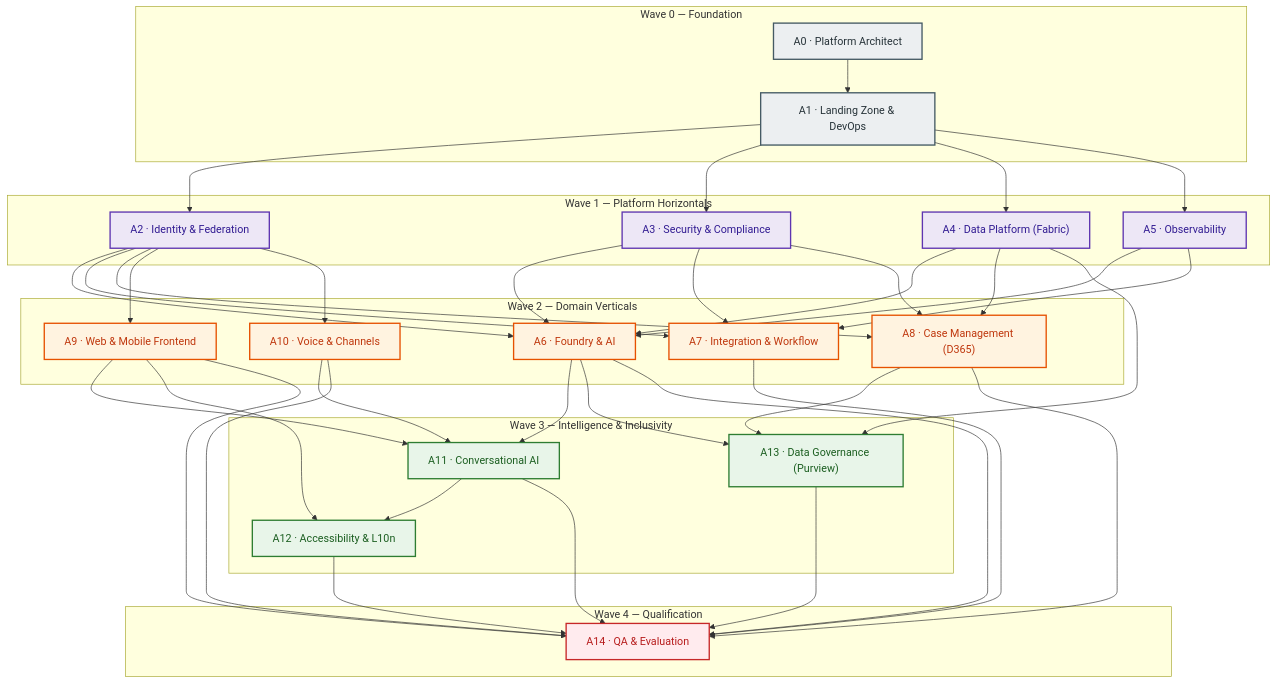
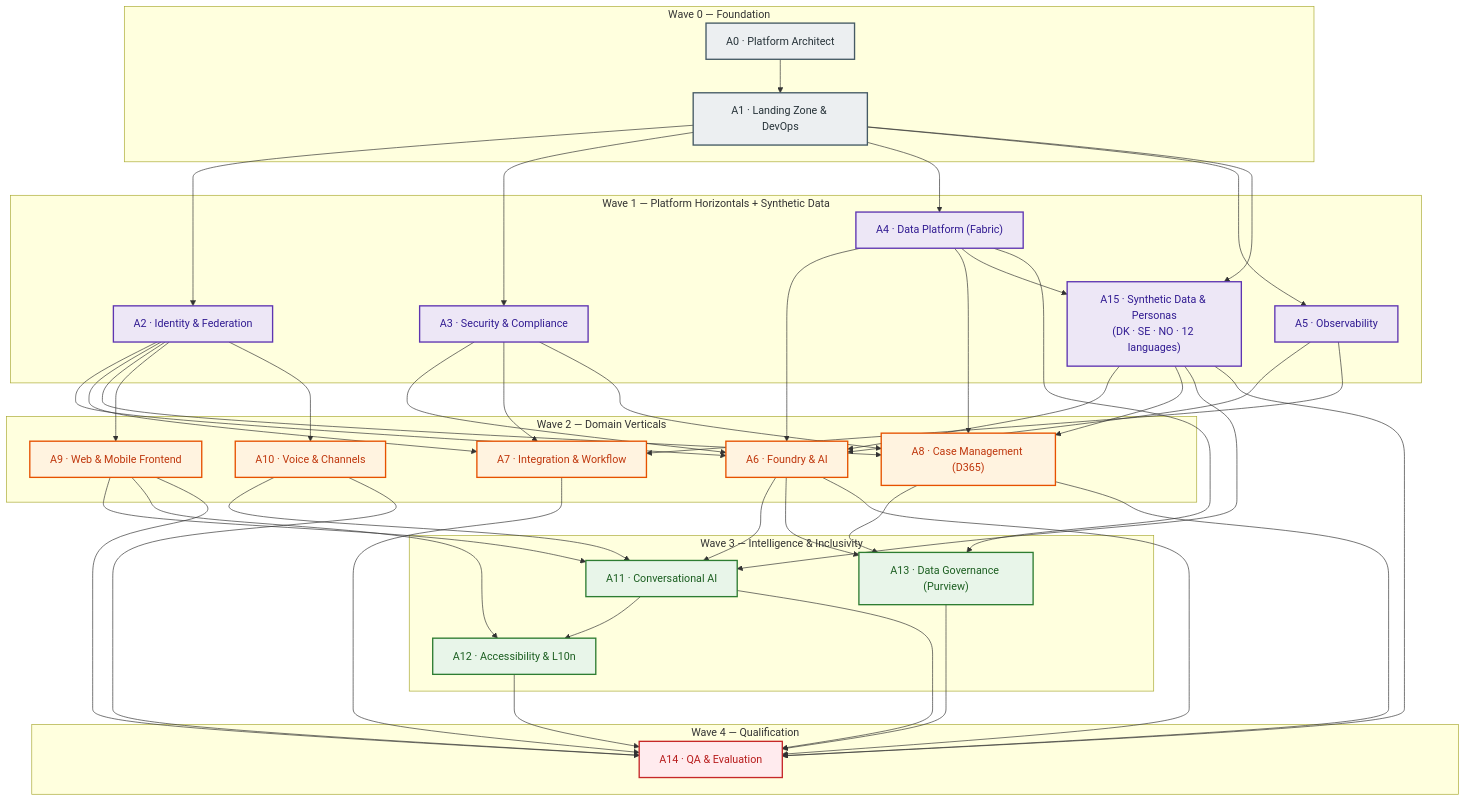
Before and after one commit to fredgis/UDCSP: the first of 5 diagrams in plan.md, drawn with Mermaid. The commit also changed other lines of this file and 2 other files, not shown here.

First line of the commit message:
Embellish README, add Multilingual Strategy section, add A15 Synthetic Data agent

```diff
--- a/plan.md
+++ b/plan.md
@@ -81,11 +82,12 @@
         A1["A1 · Landing Zone & DevOps"]
     end
 
-    subgraph W1["Wave 1 — Platform Horizontals"]
+    subgraph W1["Wave 1 — Platform Horizontals + Synthetic Data"]
         A2["A2 · Identity & Federation"]
         A3["A3 · Security & Compliance"]
         A4["A4 · Data Platform (Fabric)"]
         A5["A5 · Observability"]
+        A15["A15 · Synthetic Data & Personas<br/>(DK · SE · NO · 12 languages)"]
     end
 
     subgraph W2["Wave 2 — Domain Verticals"]
@@ -111,6 +113,7 @@
     A1 --> A3
     A1 --> A4
     A1 --> A5
+    A1 --> A15
 
     A2 --> A6
     A2 --> A7
@@ -124,6 +127,10 @@
     A5 --> A7
     A4 --> A6
     A4 --> A8
+    A4 --> A15
+    A15 --> A6
+    A15 --> A8
+    A15 --> A11
 
     A6 --> A11
     A9 --> A11
@@ -142,6 +149,7 @@
     A11 --> A14
     A12 --> A14
     A13 --> A14
+    A15 --> A14
 
     classDef w0 fill:#ECEFF1,stroke:#455A64,stroke-width:2px,color:#263238
     classDef w1 fill:#EDE7F6,stroke:#5E35B1,stroke-width:2px,color:#311B92
@@ -150,7 +158,7 @@
     classDef w4 fill:#FFEBEE,stroke:#C62828,stroke-width:2px,color:#B71C1C
 
     class A0,A1 w0
-    class A2,A3,A4,A5 w1
+    class A2,A3,A4,A5,A15 w1
     class A6,A7,A8,A9,A10 w2
     class A11,A12,A13 w3
     class A14 w4
```
